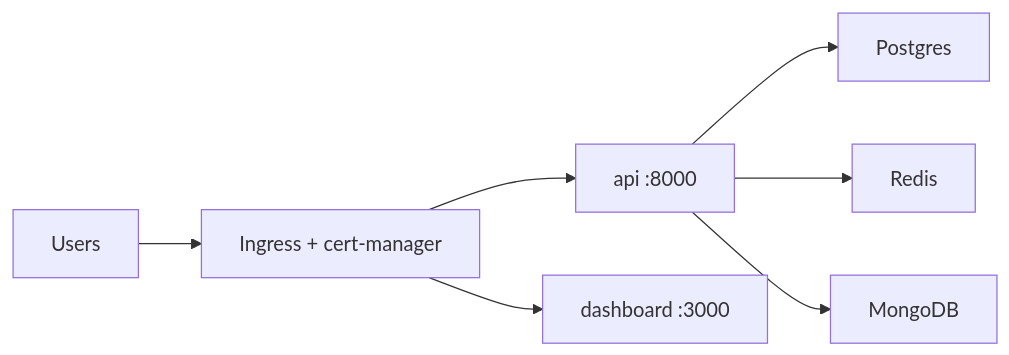
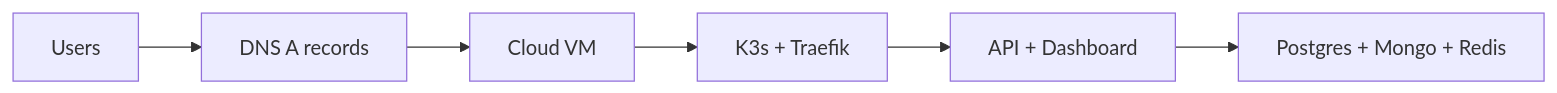
One commit to auth-engine/auth-engine-docs changed the first of 2 diagrams in docs/deployment.md. Above: the diagram before and after it, drawn with Mermaid. The commit also changed other lines of this file and 7 other files, not shown here.

````diff
--- a/docs/deployment.md
+++ b/docs/deployment.md
@@ -43,17 +73,11 @@
 ```mermaid
 flowchart LR
     users["Users"]
-    ingress["Ingress + cert-manager"]
-    api["api :8000"]
-    fe["dashboard :3000"]
-    pg["Postgres"]
-    mongo["MongoDB"]
-    redis["Redis"]
+    dns["DNS A records"]
+    vm["Cloud VM"]
+    k3s["K3s + Traefik"]
+    apps["API + Dashboard"]
+  dbs["Postgres + Mongo + Redis"]
 
-    users --> ingress
-    ingress --> api
-    ingress --> fe
-    api --> pg
-    api --> redis
-    api --> mongo
+    users --> dns --> vm --> k3s --> apps --> dbs
 ```
````
